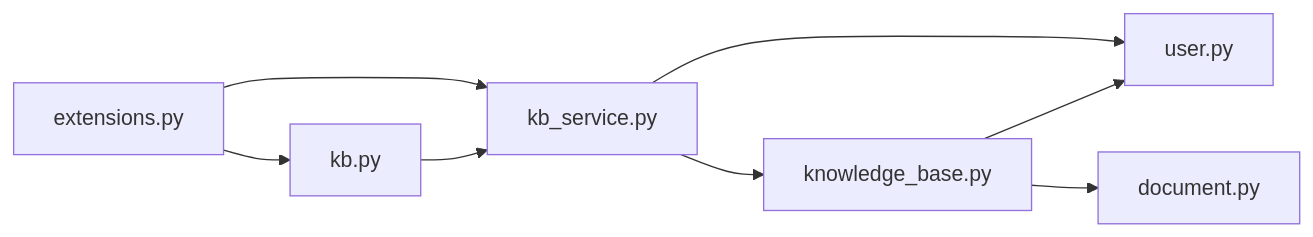
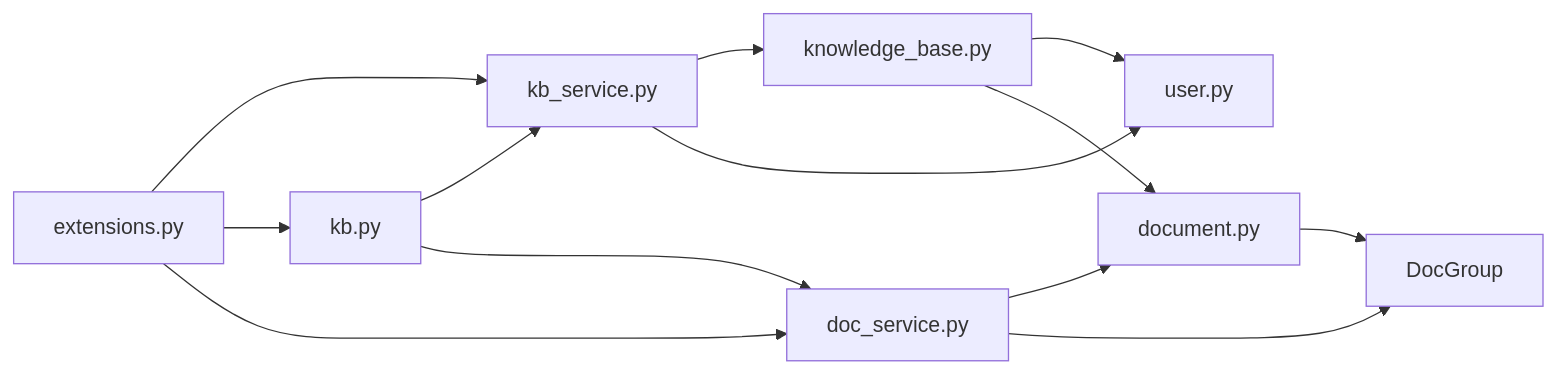
One commit to beyondalbert/my_wiki changed the ninth of 9 diagrams in .qoder/repowiki/zh/content/核心模块/知识库管理模块/知识库业务逻辑.md. Above: the diagram before and after it, drawn with Mermaid. The commit also changed other lines of this file and 6 other files, not shown here.

````diff
--- a/.qoder/repowiki/zh/content/核心模块/知识库管理模块/知识库业务逻辑.md
+++ b/.qoder/repowiki/zh/content/核心模块/知识库管理模块/知识库业务逻辑.md
@@ -253,10 +329,15 @@
 ```mermaid
 graph LR
 EXT["extensions.py"] --> KBS["kb_service.py"]
 EXT --> KBP["kb.py"]
+EXT --> DOCS["doc_service.py"]
 KBS --> KBM["knowledge_base.py"]
 KBS --> U["user.py"]
+DOCS --> D["document.py"]
+DOCS --> DG["DocGroup"]
 KBP --> KBS
+KBP --> DOCS
 KBM --> U
-KBM --> D["document.py"]
+KBM --> D
+D --> DG
 ```
````
